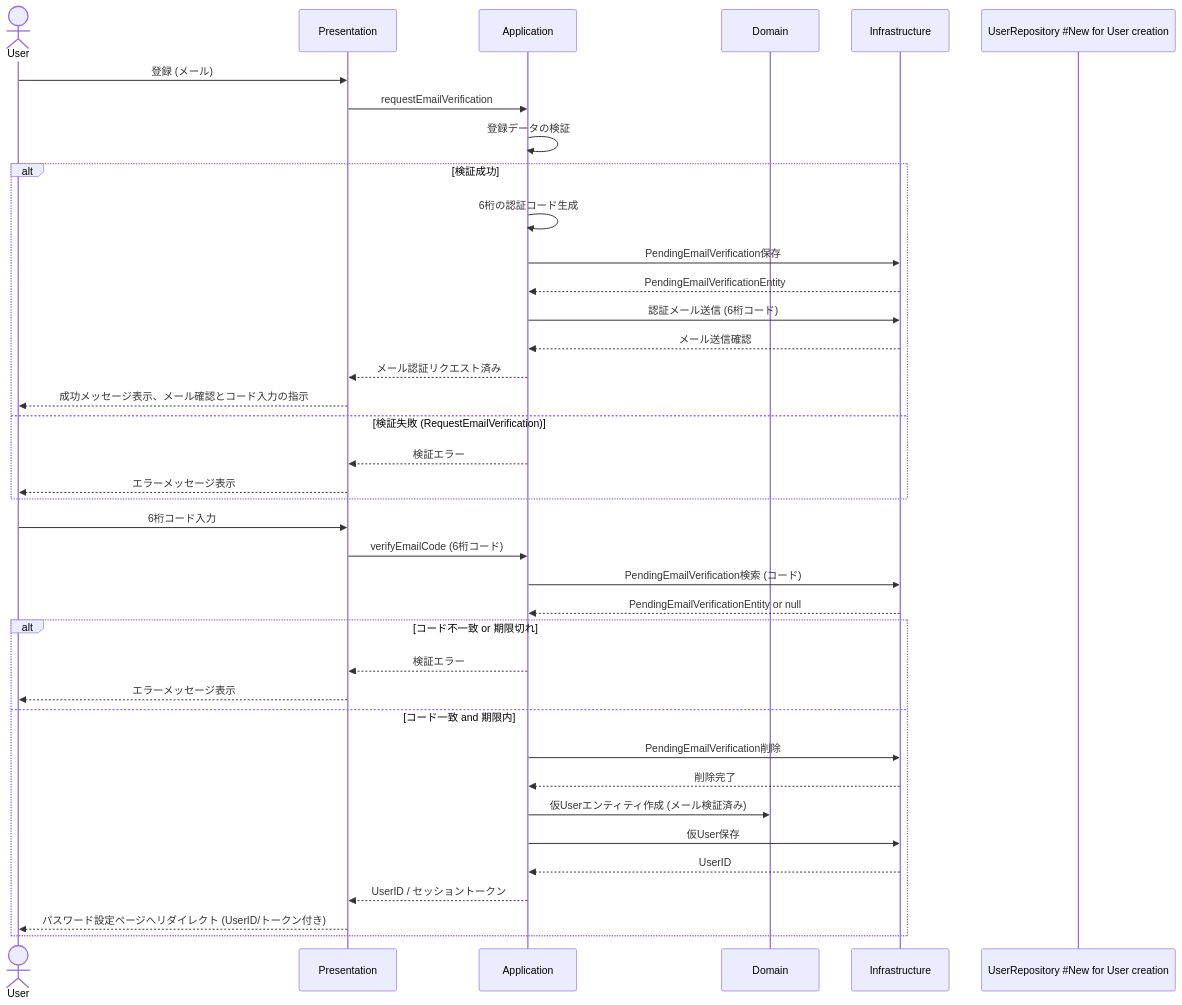
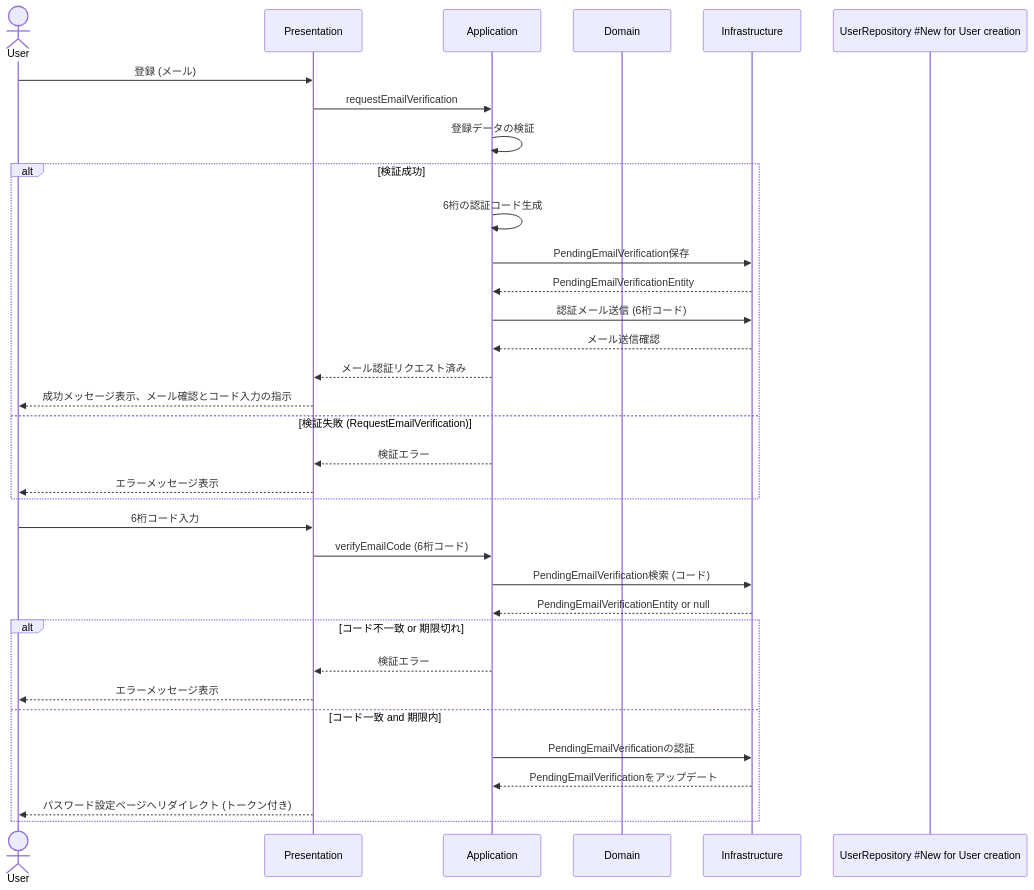
One commit to shige1114/job-authenticate changed the diagram in src/Modules/Authenticate/packages/Docs/diagrams/user_registration_sequence.md. Above: the diagram before and after it, drawn with Mermaid. The commit also changed 1 other file, not shown here.

Commit message:
パスワード設定シーケンス図を追加

````diff
--- a/src/Modules/Authenticate/packages/Docs/diagrams/user_registration_sequence.md
+++ b/src/Modules/Authenticate/packages/Docs/diagrams/user_registration_sequence.md
@@ -1,42 +1,38 @@
 ```mermaid
 sequenceDiagram
     actor User
     participant Presentation
     participant Application
     participant Domain
     participant Infrastructure
     participant UserRepository #New for User creation
 
     User->>Presentation: 登録 (メール)
     Presentation->>Application: requestEmailVerification
     Application->>Application: 登録データの検証
     alt 検証成功
         Application->>Application: 6桁の認証コード生成
         Application->>Infrastructure: PendingEmailVerification保存
         Infrastructure-->>Application: PendingEmailVerificationEntity
         Application->>Infrastructure: 認証メール送信 (6桁コード)
         Infrastructure-->>Application: メール送信確認
         Application-->>Presentation: メール認証リクエスト済み
         Presentation-->>User: 成功メッセージ表示、メール確認とコード入力の指示
     else 検証失敗 (RequestEmailVerification)
         Application-->>Presentation: 検証エラー
         Presentation-->>User: エラーメッセージ表示
     end
 
     User->>Presentation: 6桁コード入力
     Presentation->>Application: verifyEmailCode (6桁コード)
     Application->>Infrastructure: PendingEmailVerification検索 (コード)
     Infrastructure-->>Application: PendingEmailVerificationEntity or null
     alt コード不一致 or 期限切れ
         Application-->>Presentation: 検証エラー
         Presentation-->>User: エラーメッセージ表示
     else コード一致 and 期限内
-        Application->>Infrastructure: PendingEmailVerification削除
-        Infrastructure-->>Application: 削除完了
-        Application->>Domain: 仮Userエンティティ作成 (メール検証済み)
-        Application->>Infrastructure: 仮User保存
-        Infrastructure-->>Application: UserID
-        Application-->>Presentation: UserID / セッショントークン
-        Presentation-->>User: パスワード設定ページへリダイレクト (UserID/トークン付き)
+        Application->>Infrastructure: PendingEmailVerificationの認証
+        Infrastructure-->>Application: PendingEmailVerificationをアップデート
+        Presentation-->>User: パスワード設定ページへリダイレクト (トークン付き)
     end
 ```
````
